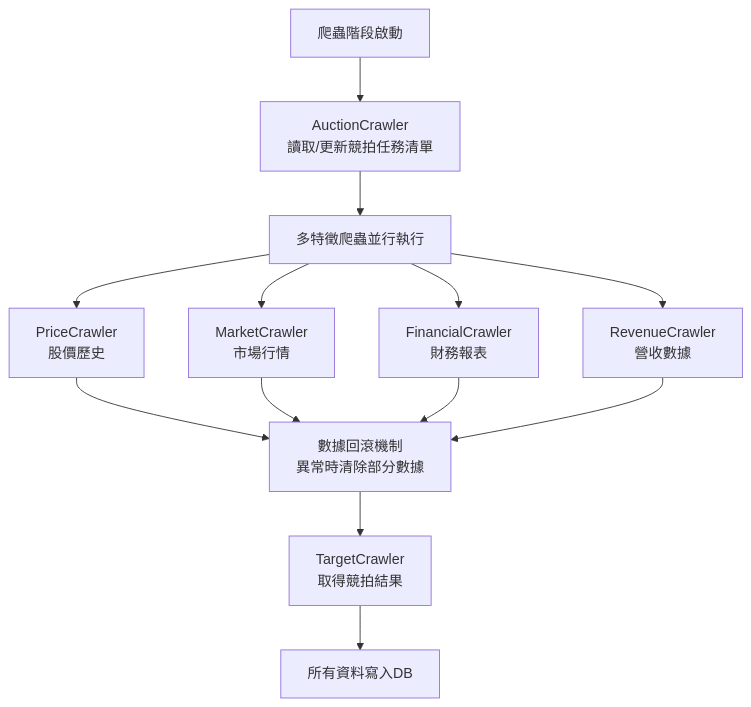
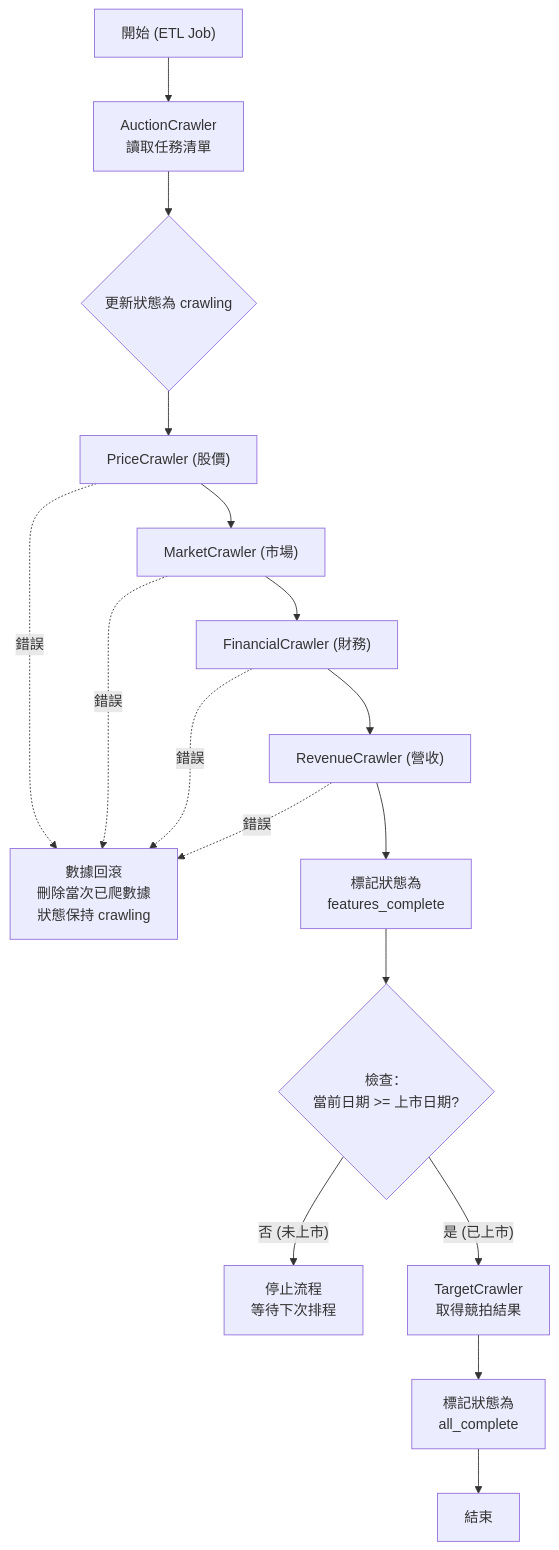
One commit to aeoner000/Smart-Bid-Evaluator_TWstock changed the second of 6 diagrams in README.md. Above: the diagram before and after it, drawn with Mermaid. The commit also changed other lines of this file and 3 other files, not shown here.

Commit message:
修正streamlit誤差圖顯示

````diff
--- a/README.md
+++ b/README.md
@@ -40,18 +41,26 @@
 ```mermaid
 graph TD
-    A["爬蟲階段啟動"] --> B["AuctionCrawler<br/>讀取/更新競拍任務清單"]
-    B --> C["多特徵爬蟲並行執行"]
+    A["開始 (ETL Job)"] --> B["AuctionCrawler<br/>讀取任務清單"]
+    B --> B1{"更新狀態為 crawling"}
+    B1 --> C["PriceCrawler (股價)"]
+    C --> D["MarketCrawler (市場)"]
+    D --> E["FinancialCrawler (財務)"]
+    E --> F["RevenueCrawler (營收)"]
+
+    %% 錯誤處理與回滾
+    C -. 錯誤 .-> H["數據回滾<br/>刪除當次已爬數據<br/>狀態保持 crawling"]
+    D -. 錯誤 .-> H
+    E -. 錯誤 .-> H
+    F -. 錯誤 .-> H
+
+    F --> G["標記狀態為<br/>features_complete"]
     
-    C --> D["PriceCrawler<br/>股價歷史"]
-    C --> E["MarketCrawler<br/>市場行情"]
-    C --> F["FinancialCrawler<br/>財務報表"]
-    C --> G["RevenueCrawler<br/>營收數據"]
+    G --> I{"檢查：<br/>當前日期 >= 上市日期?"}
     
-    D --> H["數據回滾機制<br/>異常時清除部分數據"]
-    E --> H
-    F --> H
-    G --> H
+    I -- "否 (未上市)" --> END["停止流程<br/>等待下次排程"]
     
-    H --> I["TargetCrawler<br/>取得競拍結果"]
-    I --> J["所有資料寫入DB"]
+    I -- "是 (已上市)" --> J["TargetCrawler<br/>取得競拍結果"]
+    
+    J --> K["標記狀態為<br/>all_complete"]
+    K --> FIN["結束"]
 ```
````
